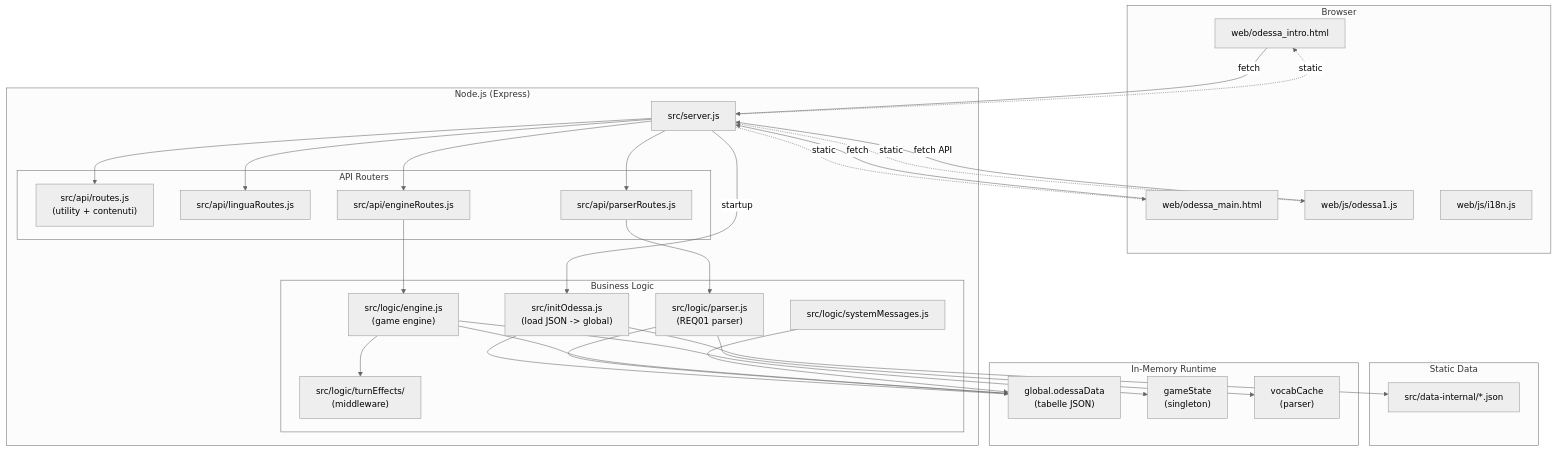
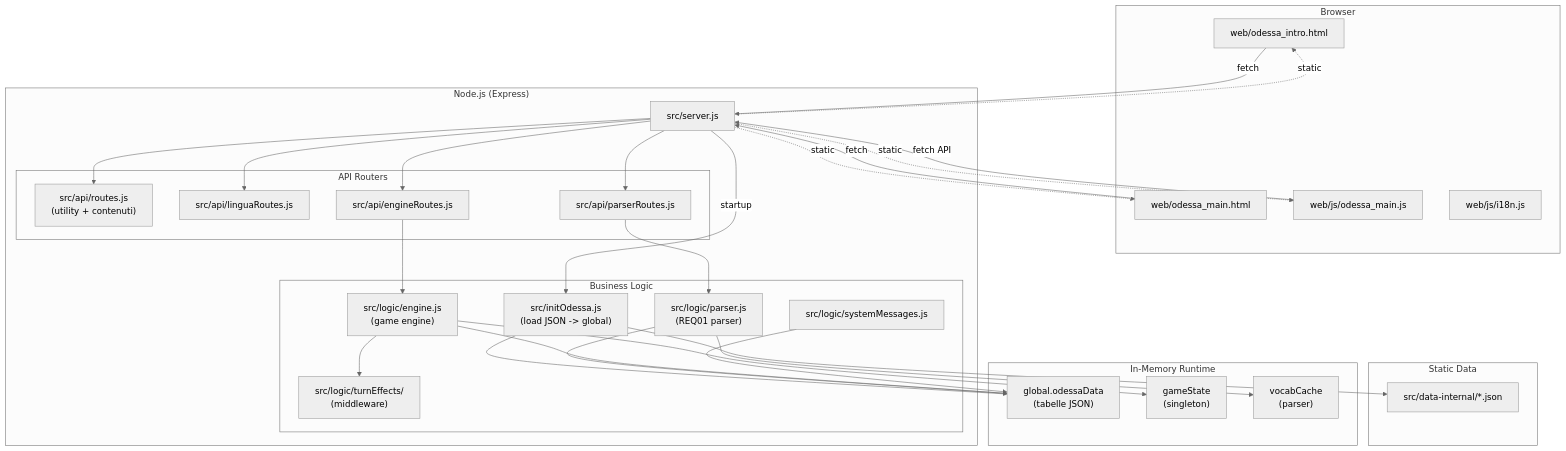
Before and after one commit to Aqualung61/MissioneOdessa: the first of 8 diagrams in docs/20260108_architettura_applicativa_01.md, drawn with Mermaid (neutral theme). The commit also changed other lines of this file and 18 other files, not shown here.

````diff
--- a/docs/20260108_architettura_applicativa_01.md
+++ b/docs/20260108_architettura_applicativa_01.md
@@ -17,65 +17,65 @@
 ```mermaid
 graph TB
   subgraph Client["Browser"]
     Intro["web/odessa_intro.html"]
     Main["web/odessa_main.html"]
-    JS["web/js/odessa1.js"]
+    JS["web/js/odessa_main.js"]
     I18N["web/js/i18n.js"]
   end
 
   subgraph Server["Node.js (Express)"]
     Srv["src/server.js"]
 
     subgraph Routers["API Routers"]
       R1["src/api/routes.js<br/>(utility + contenuti)"]
       R2["src/api/linguaRoutes.js"]
       R3["src/api/parserRoutes.js"]
       R4["src/api/engineRoutes.js"]
     end
 
     subgraph Logic["Business Logic"]
       Init["src/initOdessa.js<br/>(load JSON -> global)"]
       Parser["src/logic/parser.js<br/>(REQ01 parser)"]
       Engine["src/logic/engine.js<br/>(game engine)"]
       Turn["src/logic/turnEffects/<br/>(middleware)"]
       SysMsg["src/logic/systemMessages.js"]
     end
   end
 
   subgraph Data["Static Data"]
     JSON["src/data-internal/*.json"]
   end
 
   subgraph Memory["In-Memory Runtime"]
     Global["global.odessaData<br/>(tabelle JSON)"]
     GS["gameState<br/>(singleton)"]
     Cache["vocabCache<br/>(parser)"]
   end
 
   Intro -->|fetch| Srv
   Main -->|fetch| Srv
   JS -->|fetch API| Srv
 
   Srv --> R1
   Srv --> R2
   Srv --> R3
   Srv --> R4
 
   Srv -->|startup| Init
   Init --> JSON
   Init --> Global
 
   R3 --> Parser
   Parser --> Global
   Parser --> Cache
 
   R4 --> Engine
   Engine --> GS
   Engine --> Global
   Engine --> Turn
   SysMsg --> Global
 
   Srv -.->|static| Intro
   Srv -.->|static| Main
   Srv -.->|static| JS
 ```
````
